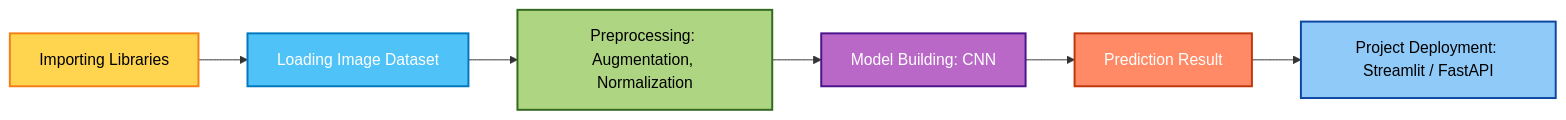
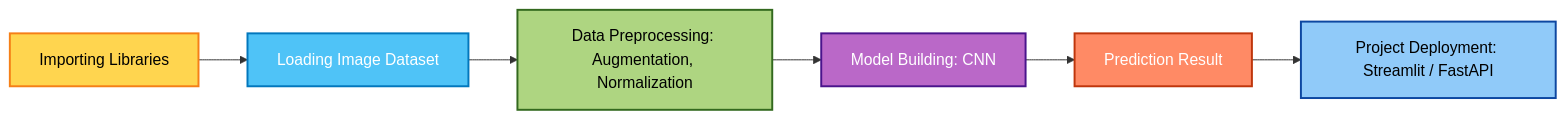
The diagram in README.md (shivareddy2002/rice-grain-classifier), drawn with Mermaid before and after one commit.

````diff
--- a/README.md
+++ b/README.md
@@ -101,17 +101,17 @@
 ```mermaid
 flowchart LR
     A[Importing Libraries] --> B[Loading Image Dataset]
-    B --> C[Preprocessing: Augmentation, Normalization]
+    B --> C[Data Preprocessing: Augmentation, Normalization]
     C --> D[Model Building: CNN]
     D --> E[Prediction Result]
     E --> F[Project Deployment: Streamlit / FastAPI]
 
     %% Styles
     style A fill:#FFD54F,stroke:#F57F17,stroke-width:2px,color:#000;
     style B fill:#4FC3F7,stroke:#0277BD,stroke-width:2px,color:#fff;
     style C fill:#AED581,stroke:#33691E,stroke-width:2px,color:#000;
     style D fill:#BA68C8,stroke:#4A148C,stroke-width:2px,color:#fff;
     style E fill:#FF8A65,stroke:#BF360C,stroke-width:2px,color:#fff;
     style F fill:#90CAF9,stroke:#0D47A1,stroke-width:2px,color:#000;
 
 ```
````
